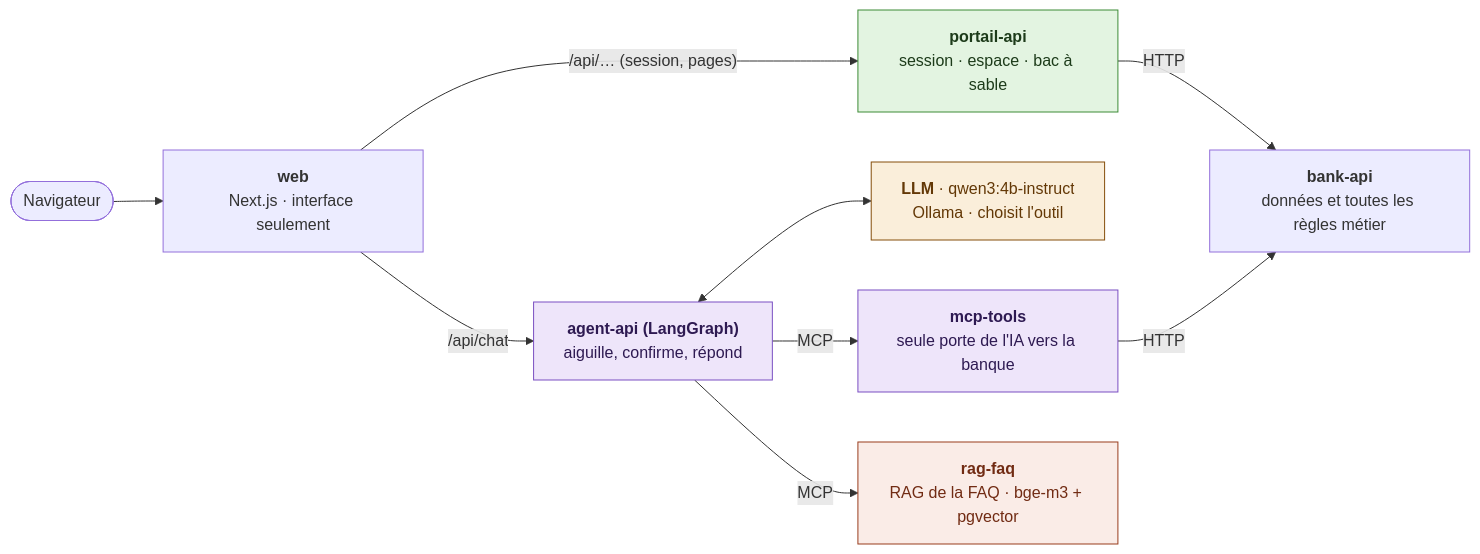
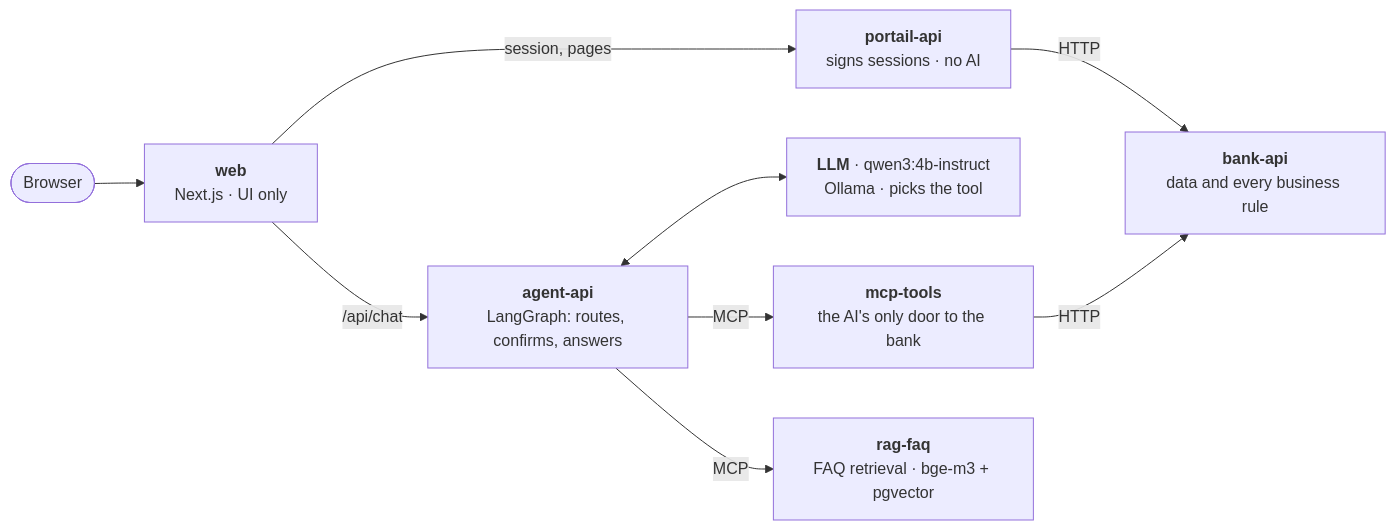
The diagram in README.md (Oumaima-Lg/wakil), drawn with Mermaid before and after one commit. The commit also changed other lines of this file and 14 other files, not shown here.

Commit message:
README en anglais, court, avec 7 captures de démonstration prises par un script ; détails déplacés dans docs/ (architecture, benchmark, développement)

````diff
--- a/README.md
+++ b/README.md
@@ -23,20 +51,11 @@
 ```mermaid
 flowchart LR
-    nav(["Navigateur"]) --> web["<b>web</b><br/>Next.js · interface seulement"]
-    web -- "/api/… (session, pages)" --> portail["<b>portail-api</b><br/>session · espace · bac à sable"]
-    web -- "/api/chat" --> agent["<b>agent-api (LangGraph)</b><br/>aiguille, confirme, répond"]
-    agent <--> llm["<b>LLM</b> · qwen3:4b-instruct<br/>Ollama · choisit l'outil"]
-    agent -- MCP --> outils["<b>mcp-tools</b><br/>seule porte de l'IA vers la banque"]
-    agent -- MCP --> faq["<b>rag-faq</b><br/>RAG de la FAQ · bge-m3 + pgvector"]
-    portail -- HTTP --> banque["<b>bank-api</b><br/>données et toutes les règles métier"]
-    outils -- HTTP --> banque
-
-    classDef sansIA fill:#e3f4e1,stroke:#3d8b37,color:#1d3b1a
-    classDef ia fill:#eee5fa,stroke:#7a4fc2,color:#2e1a52
-    classDef modele fill:#faeeda,stroke:#854f0b,color:#633806
-    classDef rag fill:#faece7,stroke:#993c1d,color:#712b13
-    class portail sansIA
-    class agent,outils ia
-    class llm modele
-    class faq rag
+    browser(["Browser"]) --> web["<b>web</b><br/>Next.js · UI only"]
+    web -- "session, pages" --> portal["<b>portail-api</b><br/>signs sessions · no AI"]
+    web -- "/api/chat" --> agent["<b>agent-api</b><br/>LangGraph: routes, confirms, answers"]
+    agent <--> llm["<b>LLM</b> · qwen3:4b-instruct<br/>Ollama · picks the tool"]
+    agent -- MCP --> tools["<b>mcp-tools</b><br/>the AI's only door to the bank"]
+    agent -- MCP --> faq["<b>rag-faq</b><br/>FAQ retrieval · bge-m3 + pgvector"]
+    portal -- HTTP --> bank["<b>bank-api</b><br/>data and every business rule"]
+    tools -- HTTP --> bank
 ```
````
